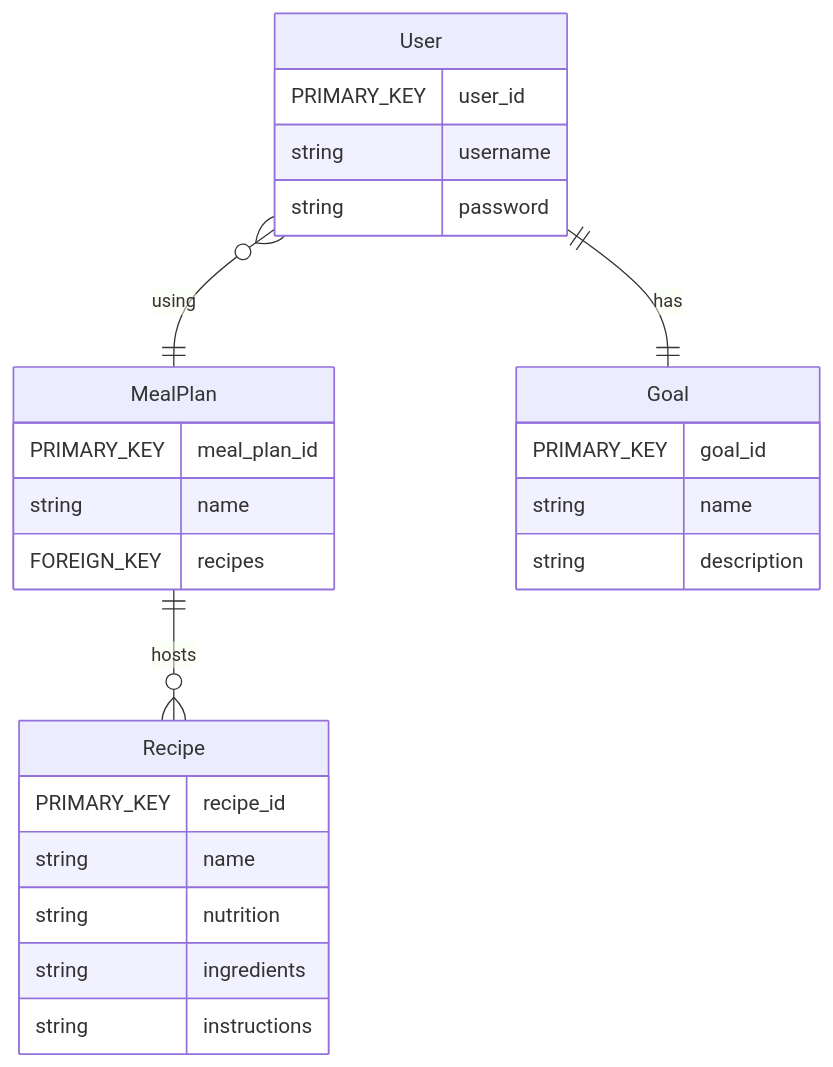
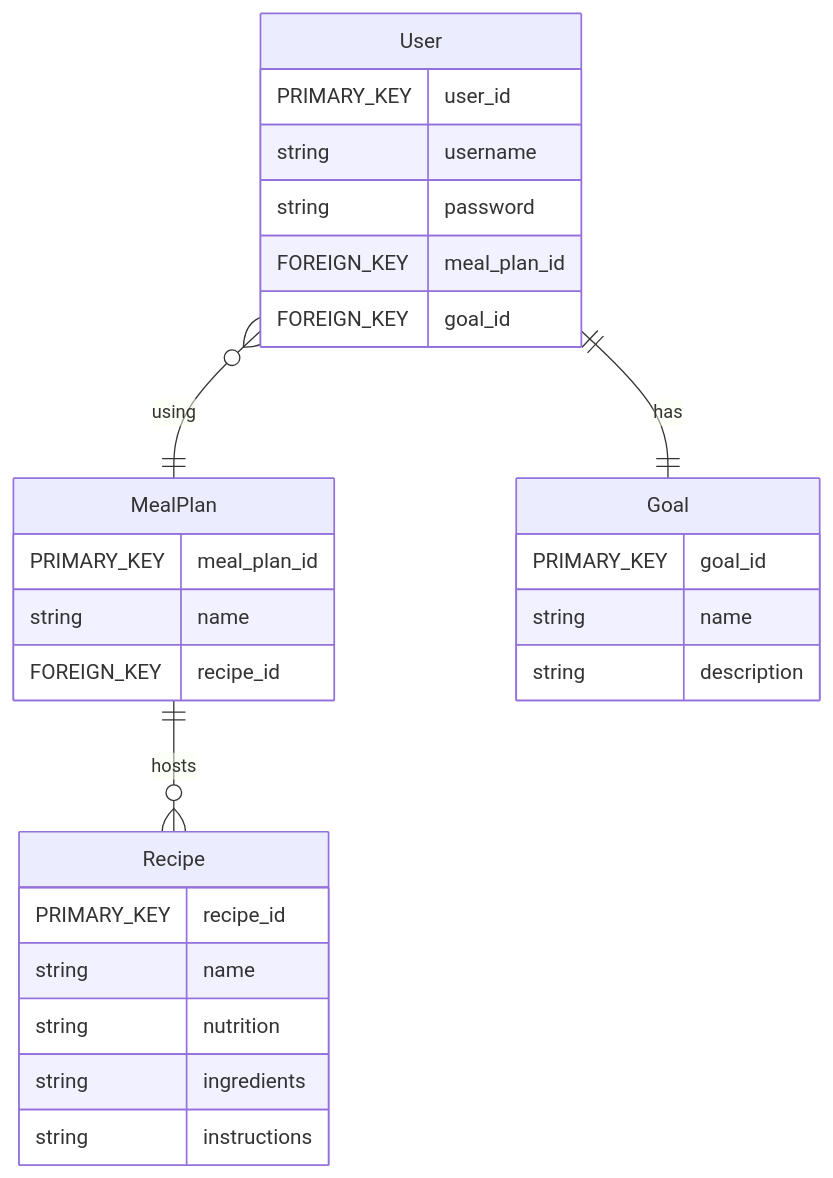
Before and after one commit to cmsc-vcu/cmsc508-fa2023-prj-nutritionplan-group27: the second of 3 diagrams in reports/deliver4.qmd, drawn with Mermaid. The commit also changed other lines of this file and 1 other file, not shown here.

````diff
--- a/reports/deliver4.qmd
+++ b/reports/deliver4.qmd
@@ -69,35 +73,37 @@
         ```{mermaid}
         erDiagram
             User o{--|| MealPlan : using
                 User {
                     PRIMARY_KEY user_id
                     string username
                     string password
+                    FOREIGN_KEY meal_plan_id
+                    FOREIGN_KEY goal_id
                 }
 
                 MealPlan {
                     PRIMARY_KEY meal_plan_id
                     string name
-                    FOREIGN_KEY recipes
+                    FOREIGN_KEY recipe_id
                 }
             
             MealPlan ||--o{ Recipe : hosts
                 MealPlan{}
 
                 Recipe{
                     PRIMARY_KEY recipe_id
                     string name
                     string nutrition
                     string ingredients
                     string instructions
                 }
 
             User ||--|| Goal : has
                 User{}
 
                 Goal{
                     PRIMARY_KEY goal_id
                     string name
                     string description
                 }
         ```
````
